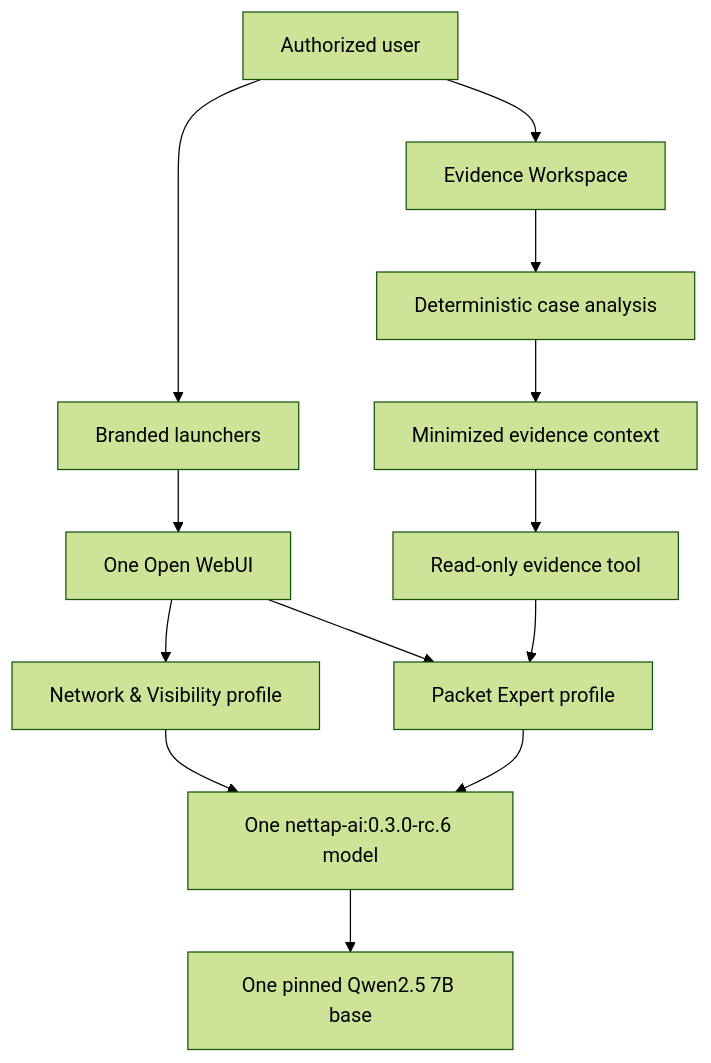
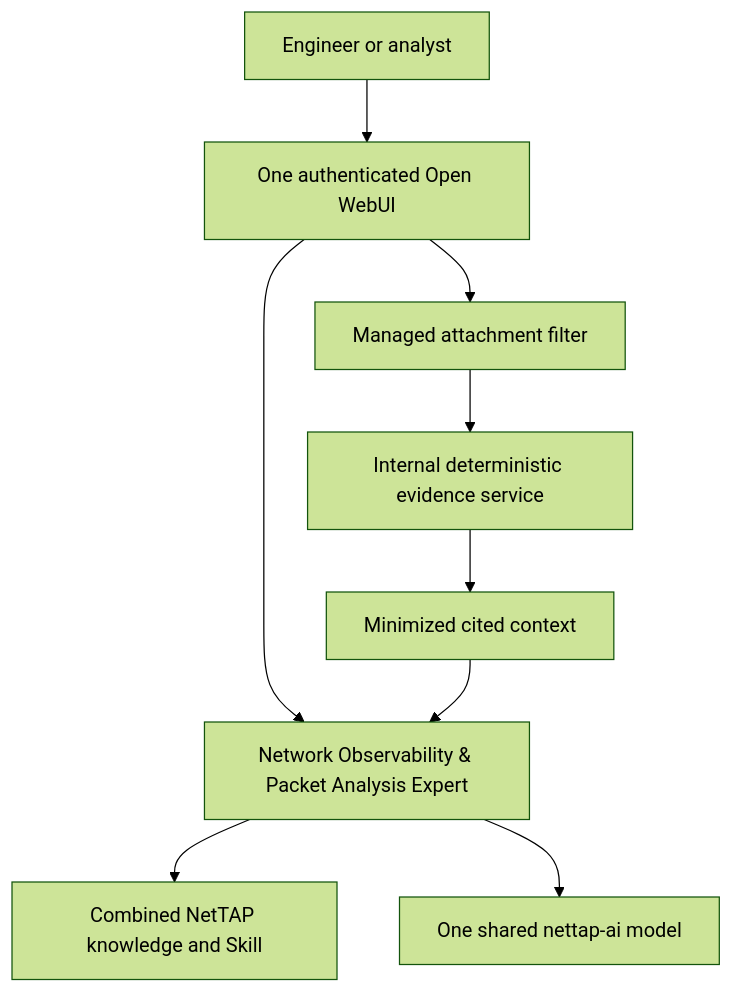
One commit to mpdwyer2367/nettap-packet-expert changed the diagram in README.md. Above: the diagram before and after it, drawn with Mermaid (forest theme). The commit also changed other lines of this file and 79 other files, not shown here.

Commit message:
Unify NetTAP observability and packet analysis UI

````diff
--- a/README.md
+++ b/README.md
@@ -20,15 +9,11 @@
 ```mermaid
-flowchart TB
-    U["Authorized user"] --> L["Branded launchers"]
-    L --> W["One Open WebUI"]
-    W --> V["Network & Visibility profile"]
-    W --> P["Packet Expert profile"]
-    V --> N["One nettap-ai:0.3.0-rc.6 model"]
-    P --> N
-    N --> Q["One pinned Qwen2.5 7B base"]
-    U --> E["Evidence Workspace"]
-    E --> D["Deterministic case analysis"]
-    D --> X["Minimized evidence context"]
-    X --> T["Read-only evidence tool"]
-    T --> P
+flowchart TD
+    U["Engineer or analyst"] --> W["One authenticated Open WebUI"]
+    W --> A["Network Observability & Packet Analysis Expert"]
+    A --> K["Combined NetTAP knowledge and Skill"]
+    A --> M["One shared nettap-ai model"]
+    W --> F["Managed attachment filter"]
+    F --> E["Internal deterministic evidence service"]
+    E --> C["Minimized cited context"]
+    C --> A
 ```
````
